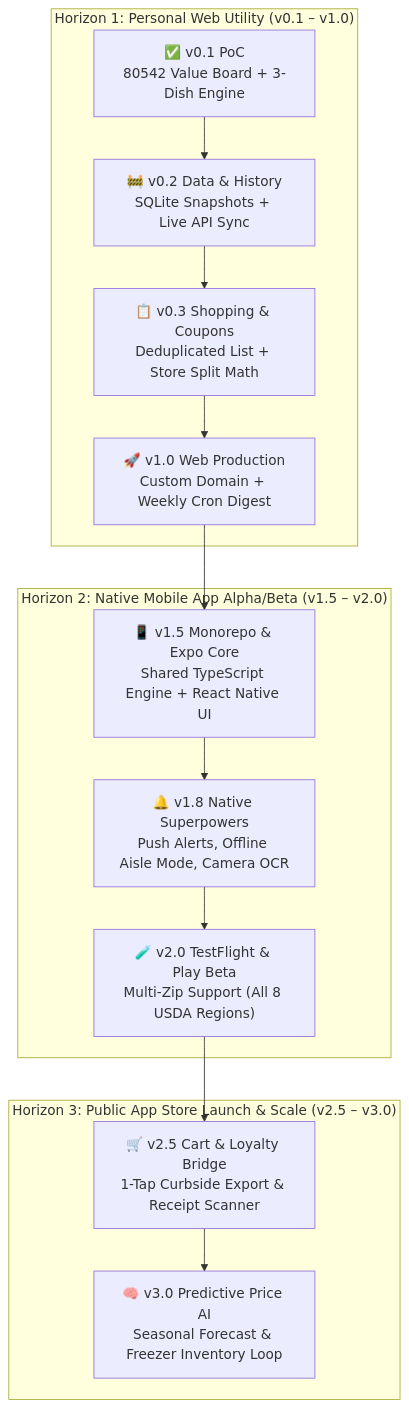
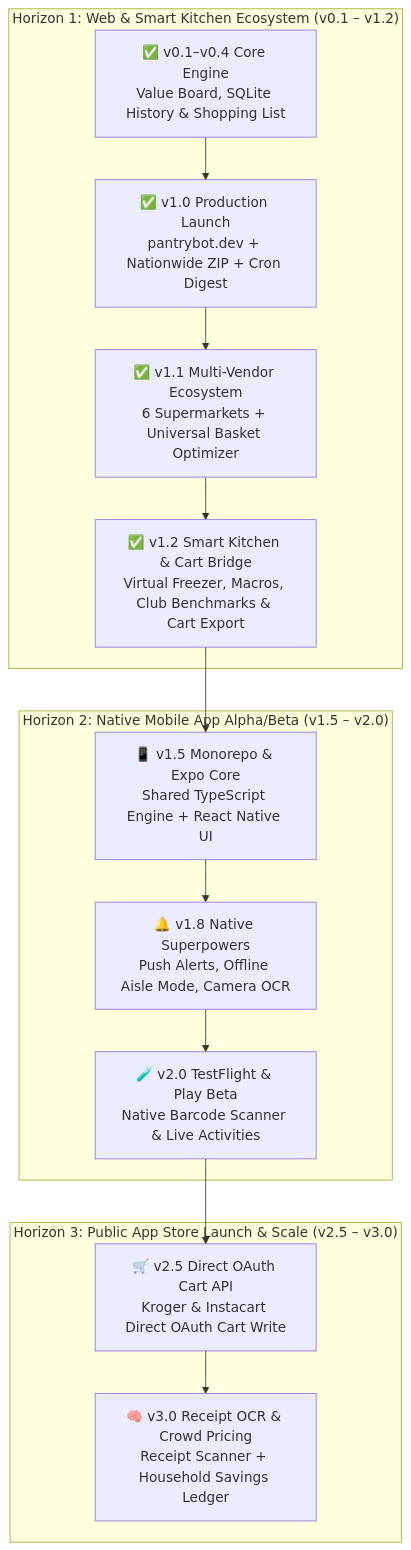
The first of 2 diagrams in docs/wiki/Long-Term-Mobile-and-Expansion-Roadmap.md (kchavez05/produce-price-tracker), drawn with Mermaid before and after one commit. The commit also changed other lines of this file and 6 other files, not shown here.

````diff
--- a/docs/wiki/Long-Term-Mobile-and-Expansion-Roadmap.md
+++ b/docs/wiki/Long-Term-Mobile-and-Expansion-Roadmap.md
@@ -9,23 +9,23 @@
 ```mermaid
 flowchart TD
-    subgraph H1["Horizon 1: Personal Web Utility (v0.1 – v1.0)"]
-        P1["✅ v0.1 PoC\n80542 Value Board + 3-Dish Engine"]
-        P2["🚧 v0.2 Data & History\nSQLite Snapshots + Live API Sync"]
-        P3["📋 v0.3 Shopping & Coupons\nDeduplicated List + Store Split Math"]
-        P4["🚀 v1.0 Web Production\nCustom Domain + Weekly Cron Digest"]
+    subgraph H1["Horizon 1: Web & Smart Kitchen Ecosystem (v0.1 – v1.2)"]
+        P1["✅ v0.1–v0.4 Core Engine\nValue Board, SQLite History & Shopping List"]
+        P2["✅ v1.0 Production Launch\npantrybot.dev + Nationwide ZIP + Cron Digest"]
+        P3["✅ v1.1 Multi-Vendor Ecosystem\n6 Supermarkets + Universal Basket Optimizer"]
+        P4["✅ v1.2 Smart Kitchen & Cart Bridge\nVirtual Freezer, Macros, Club Benchmarks & Cart Export"]
         P1 --> P2 --> P3 --> P4
     end
 
     subgraph H2["Horizon 2: Native Mobile App Alpha/Beta (v1.5 – v2.0)"]
         M1["📱 v1.5 Monorepo & Expo Core\nShared TypeScript Engine + React Native UI"]
         M2["🔔 v1.8 Native Superpowers\nPush Alerts, Offline Aisle Mode, Camera OCR"]
-        M3["🧪 v2.0 TestFlight & Play Beta\nMulti-Zip Support (All 8 USDA Regions)"]
+        M3["🧪 v2.0 TestFlight & Play Beta\nNative Barcode Scanner & Live Activities"]
         P4 --> M1 --> M2 --> M3
     end
 
     subgraph H3["Horizon 3: Public App Store Launch & Scale (v2.5 – v3.0)"]
-        S1["🛒 v2.5 Cart & Loyalty Bridge\n1-Tap Curbside Export & Receipt Scanner"]
-        S2["🧠 v3.0 Predictive Price AI\nSeasonal Forecast & Freezer Inventory Loop"]
+        S1["🛒 v2.5 Direct OAuth Cart API\nKroger & Instacart Direct OAuth Cart Write"]
+        S2["🧠 v3.0 Receipt OCR & Crowd Pricing\nReceipt Scanner + Household Savings Ledger"]
         M3 --> S1 --> S2
     end
 ```
````
